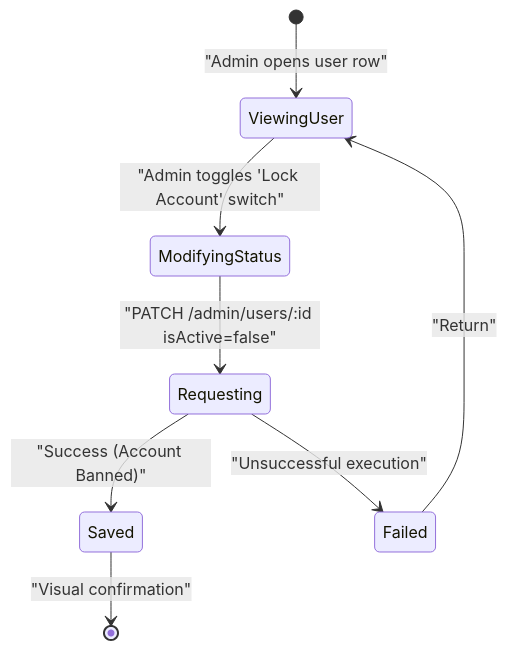
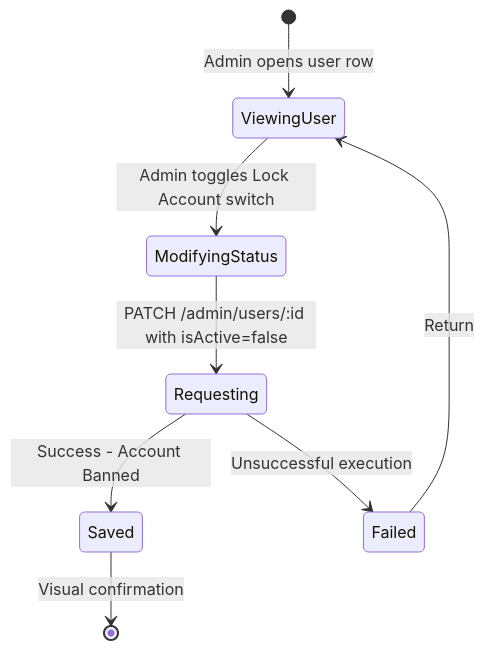
Before and after one commit to dat-21/SWD392: diagram 25 of 44 in UC_Backend_Design_Details.md, drawn with Mermaid. The commit also changed other lines of this file, not shown here.

````diff
--- a/UC_Backend_Design_Details.md
+++ b/UC_Backend_Design_Details.md
@@ -553,10 +553,10 @@
 ```mermaid
 stateDiagram-v2
-    [*] --> ViewingUser : "Admin opens user row"
-    ViewingUser --> ModifyingStatus : "Admin toggles 'Lock Account' switch"
-    ModifyingStatus --> Requesting : "PATCH /admin/users/:id isActive=false"
-    Requesting --> Saved : "Success (Account Banned)"
-    Requesting --> Failed : "Unsuccessful execution"
-    Failed --> ViewingUser : "Return"
-    Saved --> [*] : "Visual confirmation"
+    [*] --> ViewingUser : Admin opens user row
+    ViewingUser --> ModifyingStatus : Admin toggles Lock Account switch
+    ModifyingStatus --> Requesting : PATCH /admin/users/:id with isActive=false
+    Requesting --> Saved : Success - Account Banned
+    Requesting --> Failed : Unsuccessful execution
+    Failed --> ViewingUser : Return
+    Saved --> [*] : Visual confirmation
 ```
````
